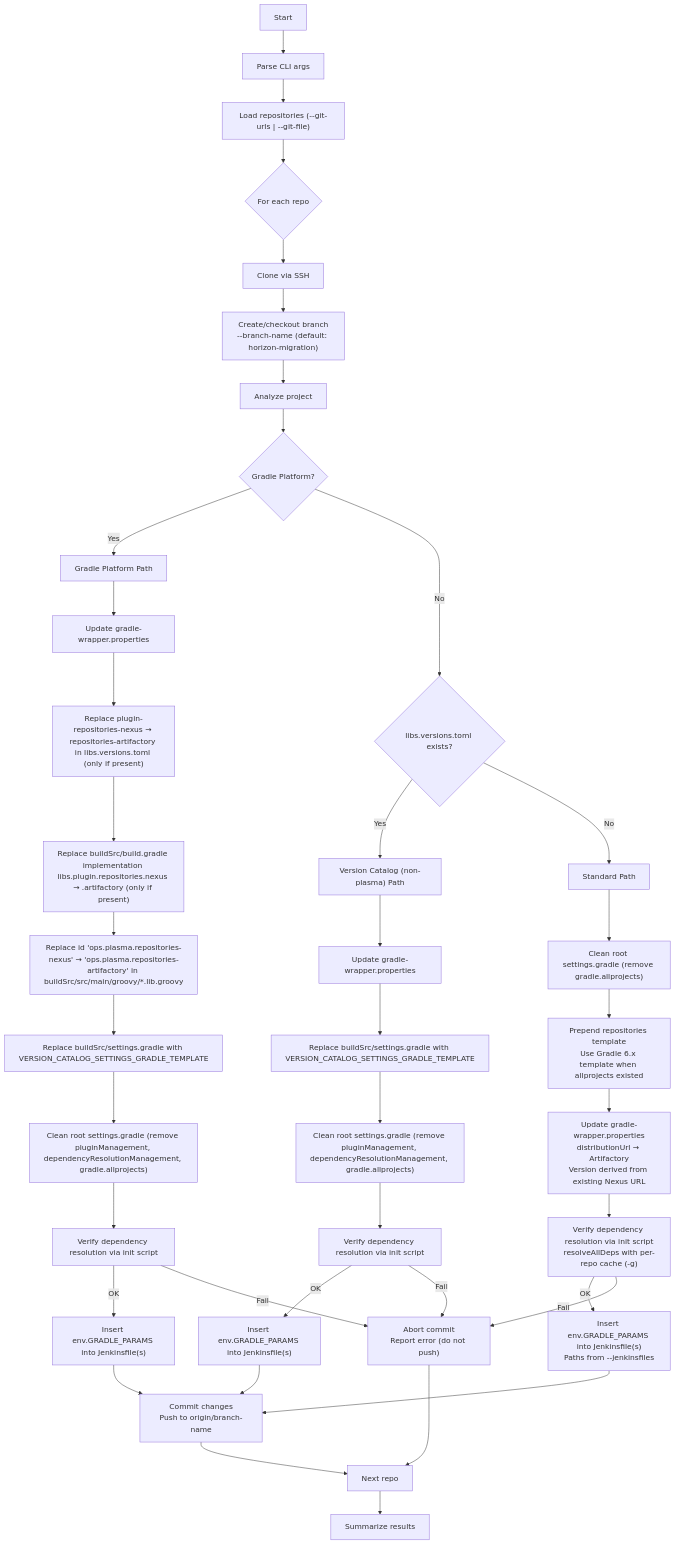
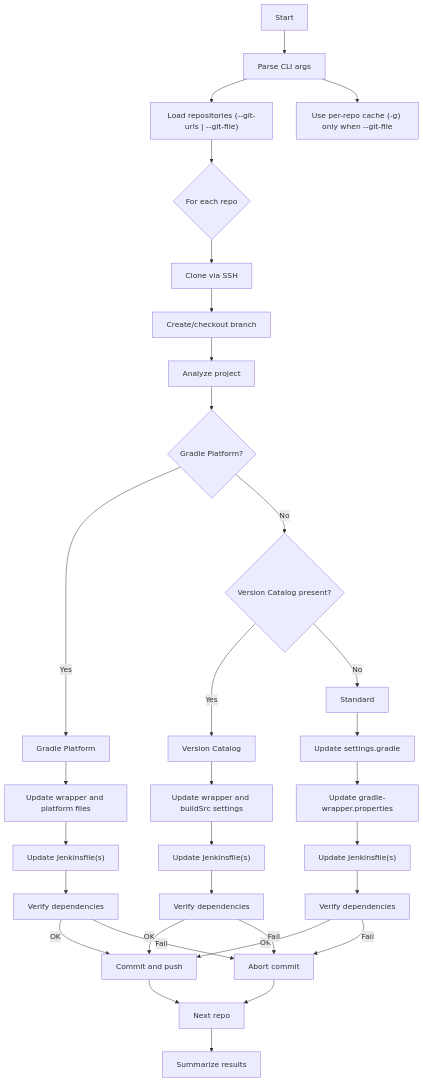
The diagram in workflow.md (Sai-Kumar-SK/migration), drawn with Mermaid before and after one commit. The commit also changed 2 other files, not shown here.

````diff
--- a/workflow.md
+++ b/workflow.md
@@ -1,47 +1,43 @@
 ```mermaid
 flowchart TD
     A[Start] --> B[Parse CLI args]
     B --> C["Load repositories (--git-urls | --git-file)"]
     C --> D{For each repo}
     D --> E[Clone via SSH]
-    E --> F["Create/checkout branch<br/>--branch-name (default: horizon-migration)"]
+    E --> F["Create/checkout branch"]
     F --> G[Analyze project]
     G --> H{Gradle Platform?}
-    H -->|Yes| I[Gradle Platform Path]
-    H -->|No| Q{libs.versions.toml exists?}
-    Q -->|Yes| R["Version Catalog (non-plasma) Path"]
-    Q -->|No| J[Standard Path]
+    H -->|Yes| I[Gradle Platform]
+    H -->|No| Q{Version Catalog present?}
+    Q -->|Yes| R[Version Catalog]
+    Q -->|No| J[Standard]
 
-    %% Standard Path
-    J --> K["Clean root settings.gradle (remove gradle.allprojects)"]
-    K --> L[Prepend repositories template<br/>Use Gradle 6.x template when allprojects existed]
-    L --> L1[Update gradle-wrapper.properties<br/>distributionUrl → Artifactory<br/>Version derived from existing Nexus URL]
-    L1 --> S["Verify dependency resolution via init script<br/>resolveAllDeps with per-repo cache (-g)"]
-    S -->|OK| S1["Insert env.GRADLE_PARAMS into Jenkinsfile(s)<br/>Paths from --jenkinsfiles"]
-    S1 --> M[Commit changes<br/>Push to origin/branch-name]
-    S -->|Fail| N["Abort commit<br/>Report error (do not push)"]
+    %% Standard (High Level)
+    J --> K[Update settings.gradle]
+    K --> L[Update gradle-wrapper.properties]
+    L --> JF["Update Jenkinsfile(s)"]
+    JF --> S[Verify dependencies]
+    S -->|OK| M[Commit and push]
+    S -->|Fail| N[Abort commit]
 
-    %% Gradle Platform Path
-    I --> I1[Update gradle-wrapper.properties]
-    I1 --> I2["Replace plugin-repositories-nexus → repositories-artifactory in libs.versions.toml (only if present)"]
-    I2 --> I3["Replace buildSrc/build.gradle implementation libs.plugin.repositories.nexus → .artifactory (only if present)"]
-    I3 --> I4["Replace id 'ops.plasma.repositories-nexus' → 'ops.plasma.repositories-artifactory' in buildSrc/src/main/groovy/*.lib.groovy"]
-    I4 --> I5[Replace buildSrc/settings.gradle with VERSION_CATALOG_SETTINGS_GRADLE_TEMPLATE]
-    I5 --> I6["Clean root settings.gradle (remove pluginManagement, dependencyResolutionManagement, gradle.allprojects)"]
-    I6 --> I7[Verify dependency resolution via init script]
-    I7 -->|OK| I8["Insert env.GRADLE_PARAMS into Jenkinsfile(s)"]
-    I8 --> M
-    I7 -->|Fail| N
+    %% Gradle Platform (High Level)
+    I --> I1[Update wrapper and platform files]
+    I1 --> IJF["Update Jenkinsfile(s)"]
+    IJF --> I2[Verify dependencies]
+    I2 -->|OK| M
+    I2 -->|Fail| N
 
-    %% Version Catalog (non-plasma) Path
-    R --> R1[Update gradle-wrapper.properties]
-    R1 --> R2[Replace buildSrc/settings.gradle with VERSION_CATALOG_SETTINGS_GRADLE_TEMPLATE]
-    R2 --> R3["Clean root settings.gradle (remove pluginManagement, dependencyResolutionManagement, gradle.allprojects)"]
-    R3 --> R4[Verify dependency resolution via init script]
-    R4 -->|OK| R5["Insert env.GRADLE_PARAMS into Jenkinsfile(s)"]
-    R5 --> M
-    R4 -->|Fail| N
+    %% Version Catalog (High Level)
+    R --> R1[Update wrapper and buildSrc settings]
+    R1 --> RJF["Update Jenkinsfile(s)"]
+    RJF --> R2[Verify dependencies]
+    R2 -->|OK| M
+    R2 -->|Fail| N
+
+    %% Multi-repo cache isolation
+    B --> B1["Use per-repo cache (-g) only when --git-file"]
+
     M --> O[Next repo]
     N --> O
     O --> P[Summarize results]
 ```
````
